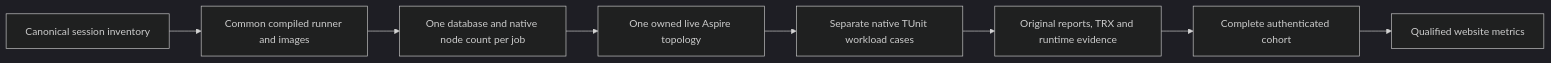
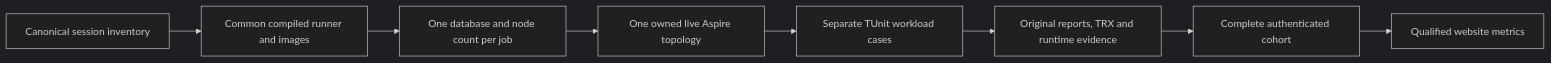
Before and after one commit to managedcode/KeyLoad: diagram 23 of 30 in docs/Architecture.md, drawn with Mermaid (dark theme). The commit also changed other lines of this file and 9016 other files, not shown here.

````diff
--- a/docs/Architecture.md
+++ b/docs/Architecture.md
@@ -701,10 +710,10 @@
 ```mermaid
 flowchart LR
     Plan[Canonical session inventory] --> Prepare[Common compiled runner and images]
-    Prepare --> Worker[One database and native node count per job]
+    Prepare --> Worker[One database and node count per job]
     Worker --> Aspire[One owned live Aspire topology]
-    Aspire --> Tests[Separate native TUnit workload cases]
+    Aspire --> Tests[Separate TUnit workload cases]
     Tests --> Originals[Original reports, TRX and runtime evidence]
     Originals --> Aggregate[Complete authenticated cohort]
     Aggregate --> Site[Qualified website metrics]
 ```
````
